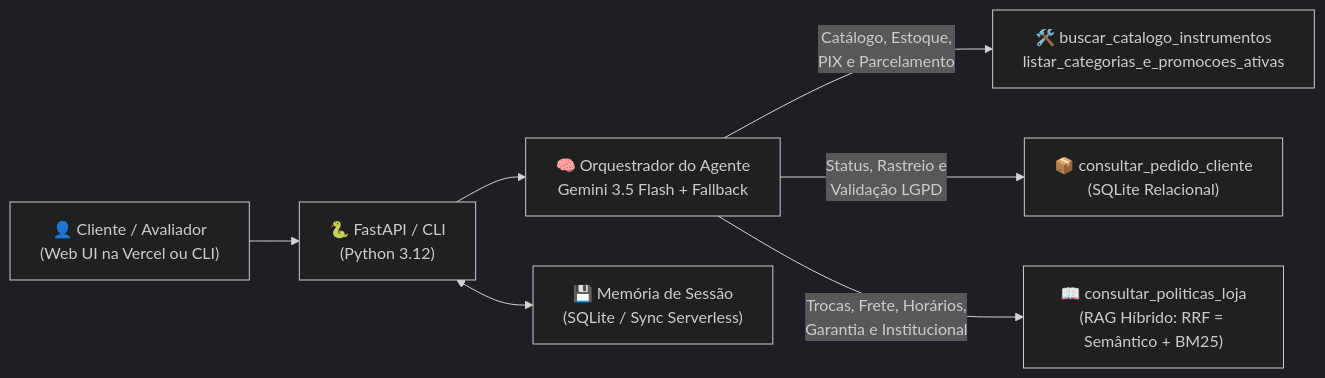
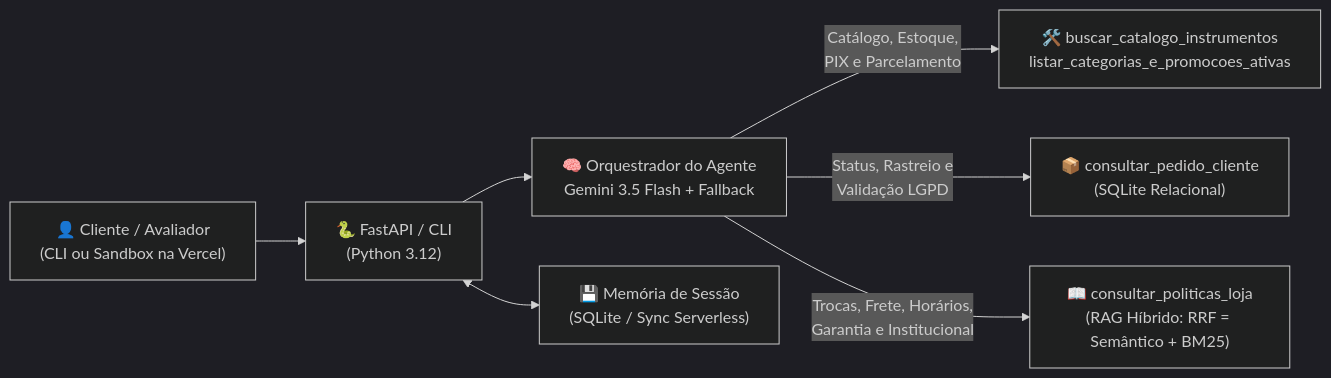
The second of 2 diagrams in README.md (amandaveloso/emporio-da-musica-agent), drawn with Mermaid (dark theme) before and after one commit. The commit also changed other lines of this file, not shown here.

````diff
--- a/README.md
+++ b/README.md
@@ -23,10 +224,10 @@
 ```mermaid
 flowchart LR
-    C["👤 Cliente / Avaliador<br/>(Web UI na Vercel ou CLI)"] --> API["🐍 FastAPI / CLI<br/>(Python 3.12)"]
+    C["👤 Cliente / Avaliador<br/>(CLI ou Sandbox na Vercel)"] --> API["🐍 FastAPI / CLI<br/>(Python 3.12)"]
     API --> AG["🧠 Orquestrador do Agente<br/>Gemini 3.5 Flash + Fallback"]
     API <--> MEM["💾 Memória de Sessão<br/>(SQLite / Sync Serverless)"]
 
     AG -->|"Catálogo, Estoque,<br/>PIX e Parcelamento"| T1["🛠️ buscar_catalogo_instrumentos<br/>listar_categorias_e_promocoes_ativas"]
     AG -->|"Status, Rastreio e<br/>Validação LGPD"| T2["📦 consultar_pedido_cliente<br/>(SQLite Relacional)"]
     AG -->|"Trocas, Frete, Horários,<br/>Garantia e Institucional"| T3["📖 consultar_politicas_loja<br/>(RAG Híbrido: RRF = Semântico + BM25)"]
 ```
````
